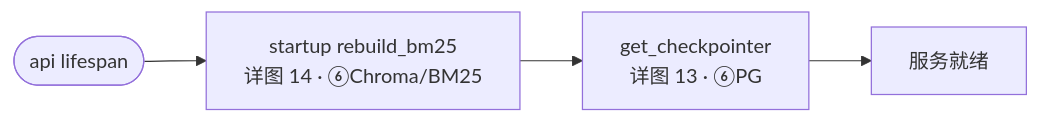
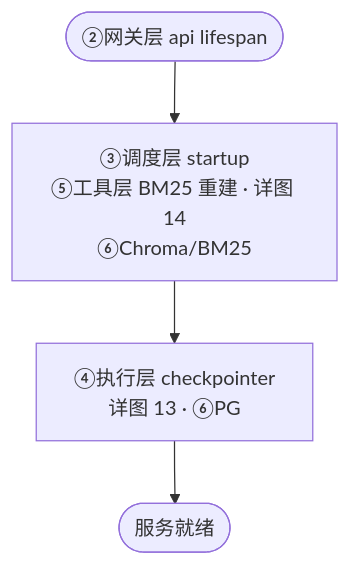
One commit to charlie-chann/ai-agent-langgraph-main changed the diagram in project_00_rag_agent/docs/diagrams/source/10_startup.mmd. Above: the diagram before and after it, drawn with Mermaid. The commit also changed 21 other files, not shown here.

Commit message:
docs(project_00): 更新分层总览与端到端架构图

```diff
--- a/project_00_rag_agent/docs/diagrams/source/10_startup.mmd
+++ b/project_00_rag_agent/docs/diagrams/source/10_startup.mmd
@@ -1,4 +1,4 @@
-flowchart LR
-    BOOT([api lifespan]) --> S1["startup rebuild_bm25<br/>详图 14 · ⑥Chroma/BM25"]
-    S1 --> S2["get_checkpointer<br/>详图 13 · ⑥PG"]
-    S2 --> READY[服务就绪]
+flowchart TD
+    BOOT(["②网关层 api lifespan"]) --> S1["③调度层 startup<br/>⑤工具层 BM25 重建 · 详图 14<br/>⑥Chroma/BM25"]
+    S1 --> S2["④执行层 checkpointer<br/>详图 13 · ⑥PG"]
+    S2 --> READY([服务就绪])
```
